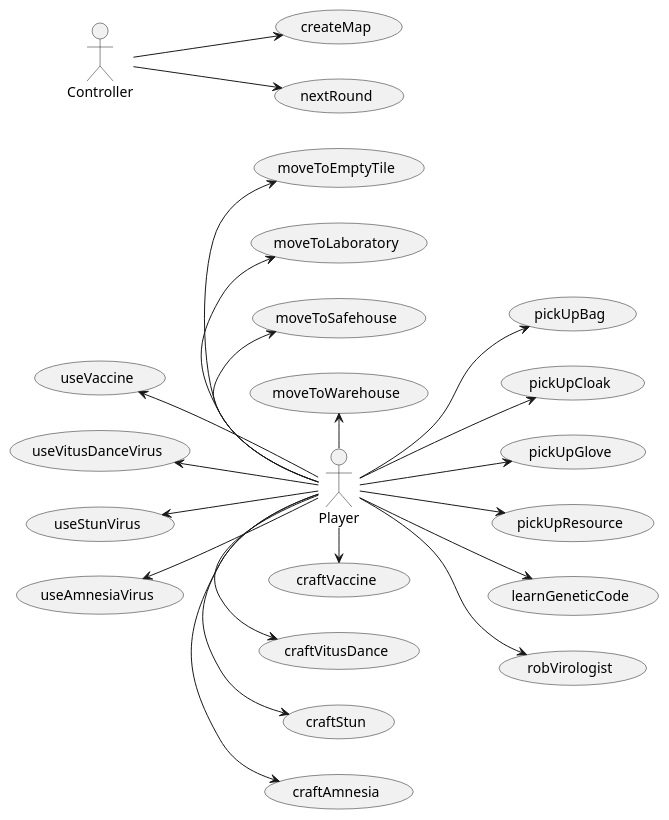
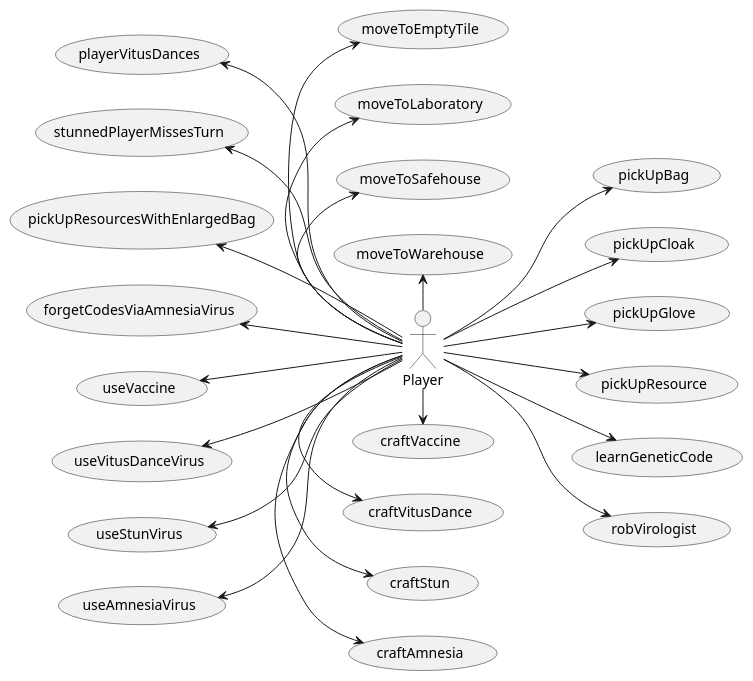
Before and after one commit to Tschonti/503-service-unavailable: the diagram in docs/testCases/testCaseDiagram.puml, drawn with PlantUML. The commit also changed 9 other files, not shown here.

```diff
--- a/docs/testCases/testCaseDiagram.puml
+++ b/docs/testCases/testCaseDiagram.puml
@@ -1,65 +1,75 @@
 @startuml
 left to right direction
 actor Player as P
-actor Controller as C
+'actor Controller as C
 
 'kérdés mindegyikre: magadra vagy másra?
 'van e más játékos a mezőn?
 'kérdések counterimpactben: van e azon, akin alkalmazták, cloak, glove vagy vaccine
 (useAmnesiaVirus) as uAv
 (useStunVirus) as uSv
 (useVitusDanceVirus) as uVdv
 (useVaccine) as uV
 
 /' Vírusokat craftol (szerintem nem kell mindegyiket külön)'/
 (craftVaccine) as cV
 (craftVitusDance) as cVd
 (craftAmnesia) as cA
 (craftStun) as cS
 
 /' Mező típusokra lép '/
 (pickUpBag) as pB
 (pickUpCloak) as pC
 (pickUpGlove) as pG
 (pickUpResource) as pRES
 (learnGeneticCode)  as lGC
 
 (moveToWarehouse) as mWh
 (moveToSafehouse) as mSh
 (moveToLaboratory) as mL
 (moveToEmptyTile) as mEt
 
+(forgetCodesViaAmnesiaVirus) as fcvav
+(pickUpResourcesWithEnlargedBag) as purweb
+(stunnedPlayerMissesTurn) as spmt
+(playerVitusDances) as pvd
+
 /' Scenes '/
 (robVirologist) as rv
 
 P -left-> mWh
 P -left-> mSh
 P -left-> mL
 P -left-> mEt
 
 P -up-> uAv
 P -up-> uSv
 P -up-> uVdv
 P -up-> uV
+
+P -up-> fcvav
+P -up-> purweb
+P -up-> spmt
+P -up-> pvd
 
 P -right-> cA
 P -right-> cS
 P -right-> cVd
 P -right-> cV
 
 P -down-> rv
 P -down-> pG
 P -down-> pC
 P -down-> pB
 P -down-> lGC
 P -down-> pRES
 
 /' Controller test-cases '/
 
-(createMap) as cM
-(nextRound) as nR
-
-C --> cM
-C --> nR
+'(createMap) as cM
+'(nextRound) as nR
+'
+'C --> cM
+'C --> nR
 
 @enduml
```
